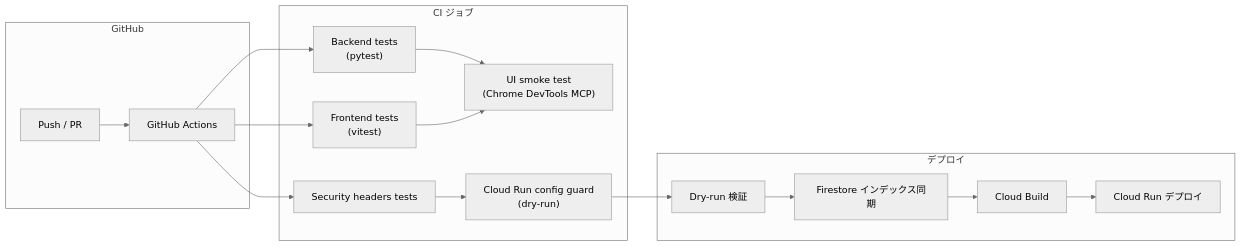
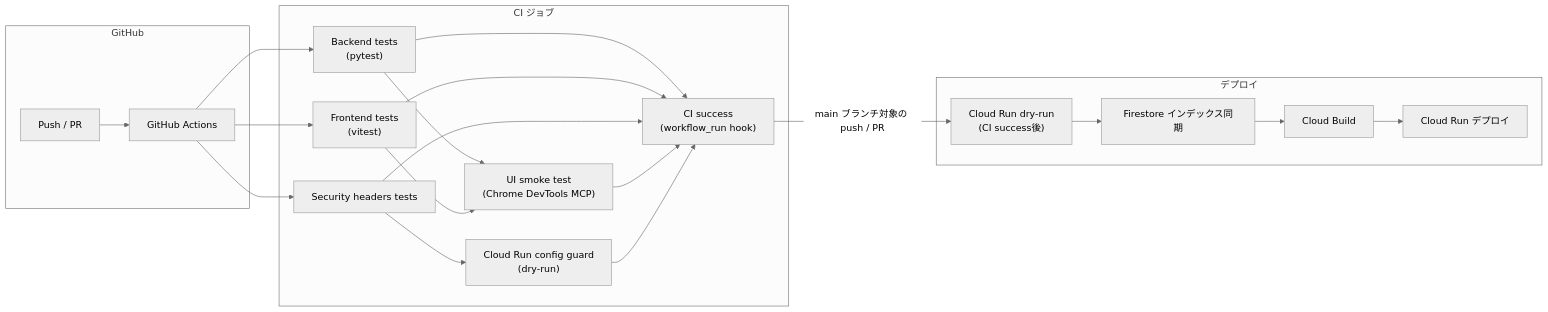
The third of 6 diagrams in docs/infrastructure.md (RiSEblackbird/wordpack-for-english), drawn with Mermaid (neutral theme) before and after one commit. The commit also changed other lines of this file and 1 other file, not shown here.

Commit message:
CI成功後にdry-runを実行するようトリガー変更 / Run dry-run after CI success

````diff
--- a/docs/infrastructure.md
+++ b/docs/infrastructure.md
@@ -118,34 +118,40 @@
 ```mermaid
 flowchart LR
     subgraph GitHub["GitHub"]
         Push["Push / PR"]
         Actions["GitHub Actions"]
     end
 
     subgraph CI["CI ジョブ"]
         BackendTest["Backend tests<br/>(pytest)"]
         SecurityTest["Security headers tests"]
         FrontendTest["Frontend tests<br/>(vitest)"]
         UISmoke["UI smoke test<br/>(Chrome DevTools MCP)"]
         CloudRunGuard["Cloud Run config guard<br/>(dry-run)"]
+        CISuccess["CI success<br/>(workflow_run hook)"]
     end
 
     subgraph Deploy["デプロイ"]
-        DryRun["Dry-run 検証"]
+        DryRun["Cloud Run dry-run<br/>(CI success後)"]
         FirestoreIndex["Firestore インデックス同期"]
         CloudBuild["Cloud Build"]
         CloudRun["Cloud Run デプロイ"]
     end
 
     Push --> Actions
     Actions --> BackendTest
     Actions --> SecurityTest
     Actions --> FrontendTest
     BackendTest --> UISmoke
     FrontendTest --> UISmoke
     SecurityTest --> CloudRunGuard
-    CloudRunGuard --> DryRun
+    BackendTest --> CISuccess
+    FrontendTest --> CISuccess
+    SecurityTest --> CISuccess
+    UISmoke --> CISuccess
+    CloudRunGuard --> CISuccess
+    CISuccess -->|main ブランチ対象の push / PR| DryRun
     DryRun --> FirestoreIndex
     FirestoreIndex --> CloudBuild
     CloudBuild --> CloudRun
 ```
````
